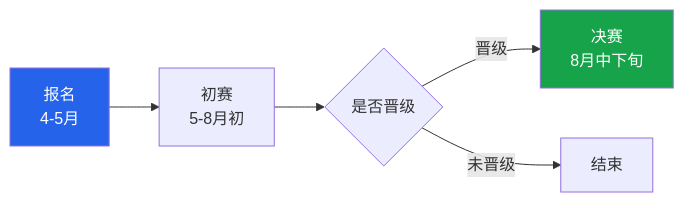
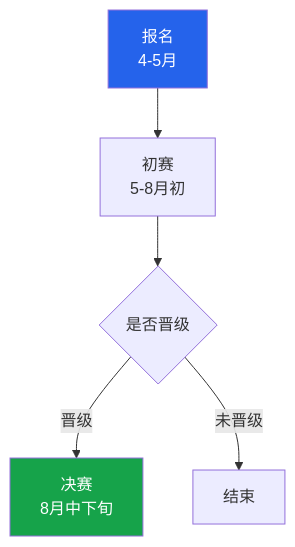
Before and after one commit to lightsmilew/compiler-principles: the first of 2 diagrams in docs/labs/part7-competition.md, drawn with Mermaid. The commit also changed other lines of this file and 36 other files, not shown here.

````diff
--- a/docs/labs/part7-competition.md
+++ b/docs/labs/part7-competition.md
@@ -41,9 +41,9 @@
 ```mermaid
-flowchart LR
-    A[报名\n4-5月] --> B[初赛\n5-8月初]
+flowchart TB
+    A[报名<br/>4-5月] --> B[初赛<br/>5-8月初]
     B --> C{是否晋级}
-    C -->|晋级| D[决赛\n8月中下旬]
+    C -->|晋级| D[决赛<br/>8月中下旬]
     C -->|未晋级| E[结束]
     style A fill:#2563eb,color:#fff
     style D fill:#16a34a,color:#fff
 ```
````
